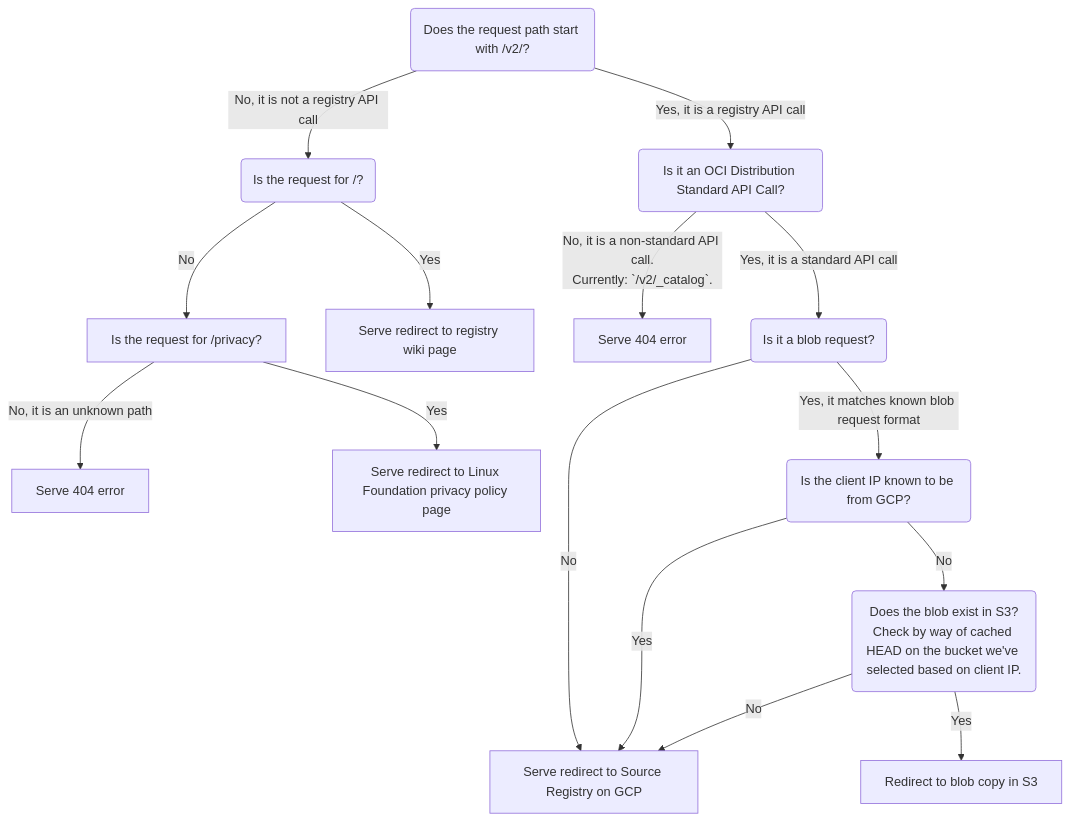
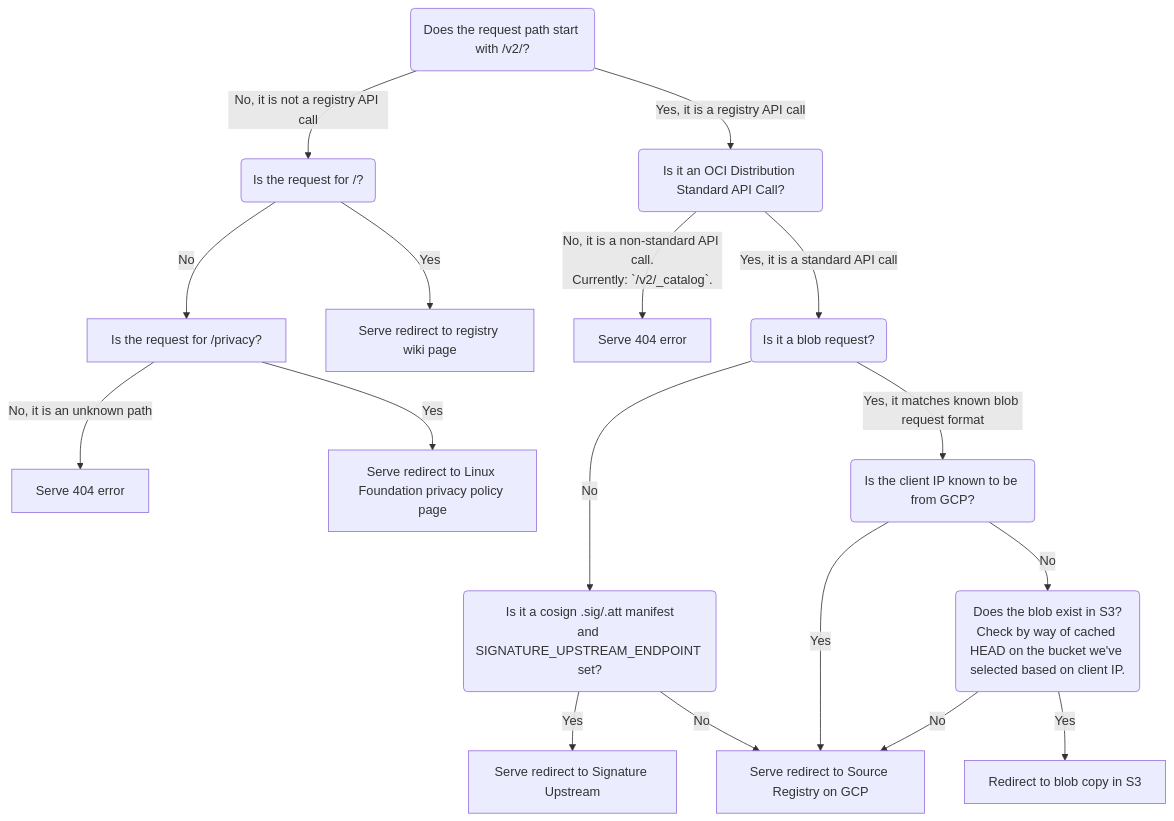
One commit to kubernetes/registry.k8s.io changed the diagram in cmd/archeio/docs/request-handling.md. Above: the diagram before and after it, drawn with Mermaid. The commit also changed other lines of this file and 3 other files, not shown here.

Commit message:
Route cosign signature tags to canonical upstream

````diff
--- a/cmd/archeio/docs/request-handling.md
+++ b/cmd/archeio/docs/request-handling.md
@@ -20,18 +22,20 @@
 ```mermaid
 flowchart TD
 
 A(Does the request path start with /v2/?) -->|No, it is not a registry API call| B(Is the request for /?)
 B -->|No| D[Is the request for /privacy?]
 D -->|No, it is an unknown path| C[Serve 404 error]
 D -->|Yes| K[Serve redirect to Linux Foundation privacy policy page]
 B -->|Yes| E[Serve redirect to registry wiki page]
 A -->|Yes, it is a registry API call| L(Is it an OCI Distribution Standard API Call?)
 L -->|No, it is a non-standard API call.<br>Currently: `/v2/_catalog`.| M[Serve 404 error]
 L -->|Yes, it is a standard API call| F(Is it a blob request?)
-F -->|No| G[Serve redirect to Source Registry on GCP]
+F -->|No| N(Is it a cosign .sig/.att manifest<br/>and SIGNATURE_UPSTREAM_ENDPOINT set?)
+N -->|Yes| O[Serve redirect to Signature Upstream]
+N -->|No| G[Serve redirect to Source Registry on GCP]
 F -->|Yes, it matches known blob request format| H(Is the client IP known to be from GCP?)
 H -->|Yes| G
 H -->|No| I(Does the blob exist in S3?<br/>Check by way of cached HEAD on the bucket we've selected based on client IP.)
 I -->|No| G
 I -->|Yes| J[Redirect to blob copy in S3]
 ```
````
